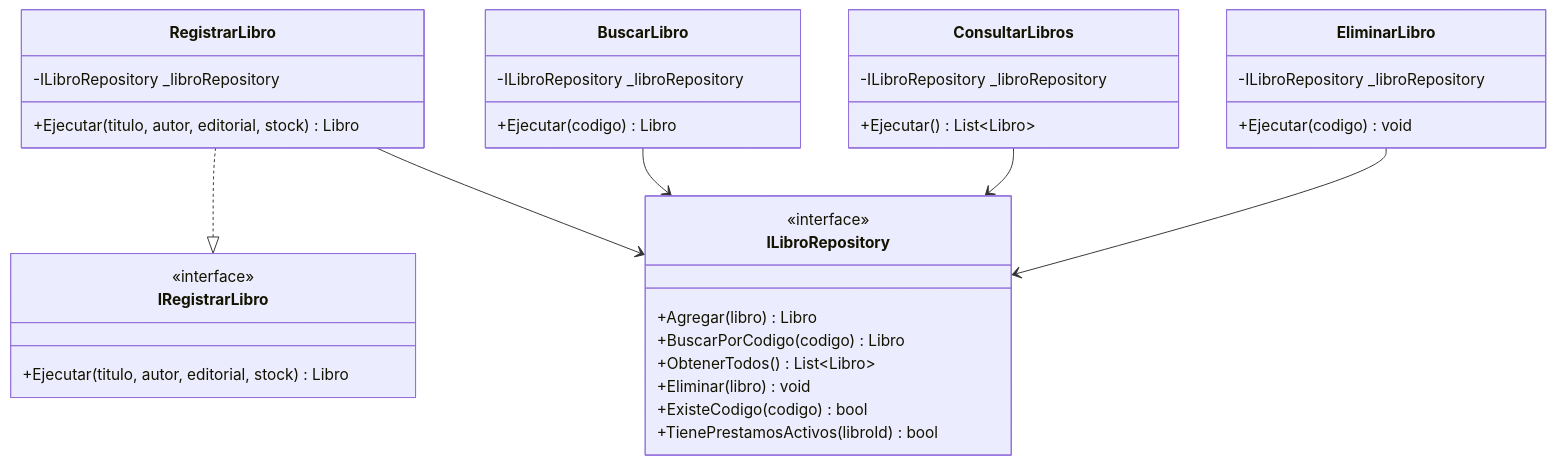
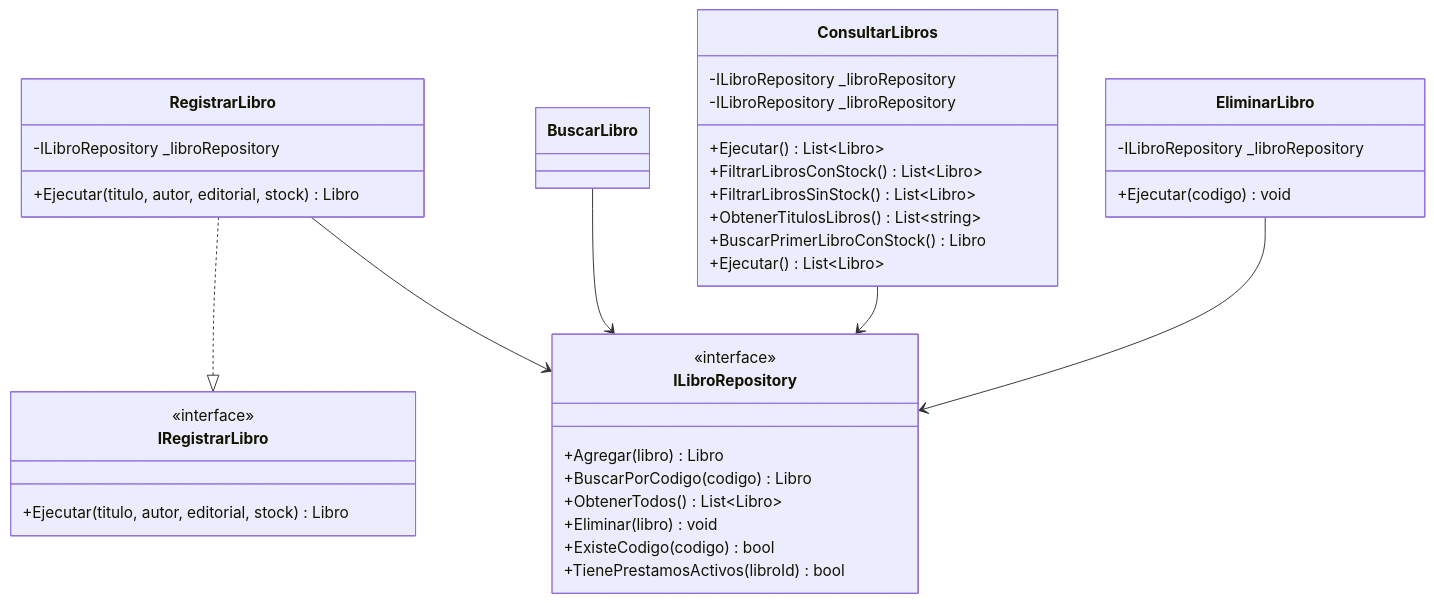
The first of 3 diagrams in TP_integrador_2026/Documentacion/DiagramaUML/DiagramaAplicacion.md (gabcas2/Trabajo-integrador-UNAJbooks), drawn with Mermaid before and after one commit. The commit also changed other lines of this file and 32 other files, not shown here.

````diff
--- a/TP_integrador_2026/Documentacion/DiagramaUML/DiagramaAplicacion.md
+++ b/TP_integrador_2026/Documentacion/DiagramaUML/DiagramaAplicacion.md
@@ -10,45 +10,49 @@
 ```mermaid
 classDiagram
 direction TB
 
 class IRegistrarLibro {
     <<interface>>
     +Ejecutar(titulo, autor, editorial, stock) Libro
 }
 
 class ILibroRepository {
     <<interface>>
     +Agregar(libro) Libro
     +BuscarPorCodigo(codigo) Libro
     +ObtenerTodos() List~Libro~
     +Eliminar(libro) void
     +ExisteCodigo(codigo) bool
     +TienePrestamosActivos(libroId) bool
 }
 
 class RegistrarLibro {
     -ILibroRepository _libroRepository
     +Ejecutar(titulo, autor, editorial, stock) Libro
 }
 
-class BuscarLibro {
+class ConsultarLibros {
     -ILibroRepository _libroRepository
-    +Ejecutar(codigo) Libro
+    +Ejecutar() List~Libro~
+    +FiltrarLibrosConStock() List~Libro~
+    +FiltrarLibrosSinStock() List~Libro~
+    +ObtenerTitulosLibros() List~string~
+    +BuscarPrimerLibroConStock() Libro
 }
 
 class ConsultarLibros {
     -ILibroRepository _libroRepository
     +Ejecutar() List~Libro~
 }
 
 class EliminarLibro {
     -ILibroRepository _libroRepository
     +Ejecutar(codigo) void
 }
 
 RegistrarLibro ..|> IRegistrarLibro
 RegistrarLibro --> ILibroRepository
 BuscarLibro --> ILibroRepository
 ConsultarLibros --> ILibroRepository
 EliminarLibro --> ILibroRepository
 ```
````
